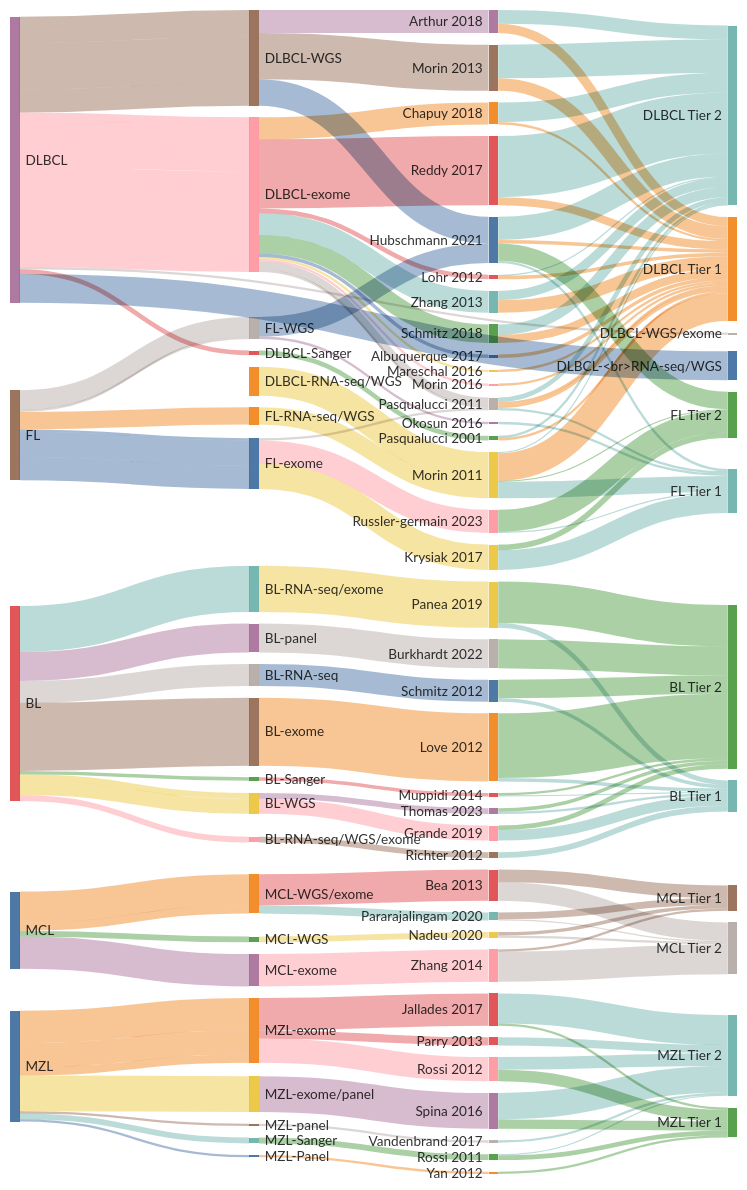
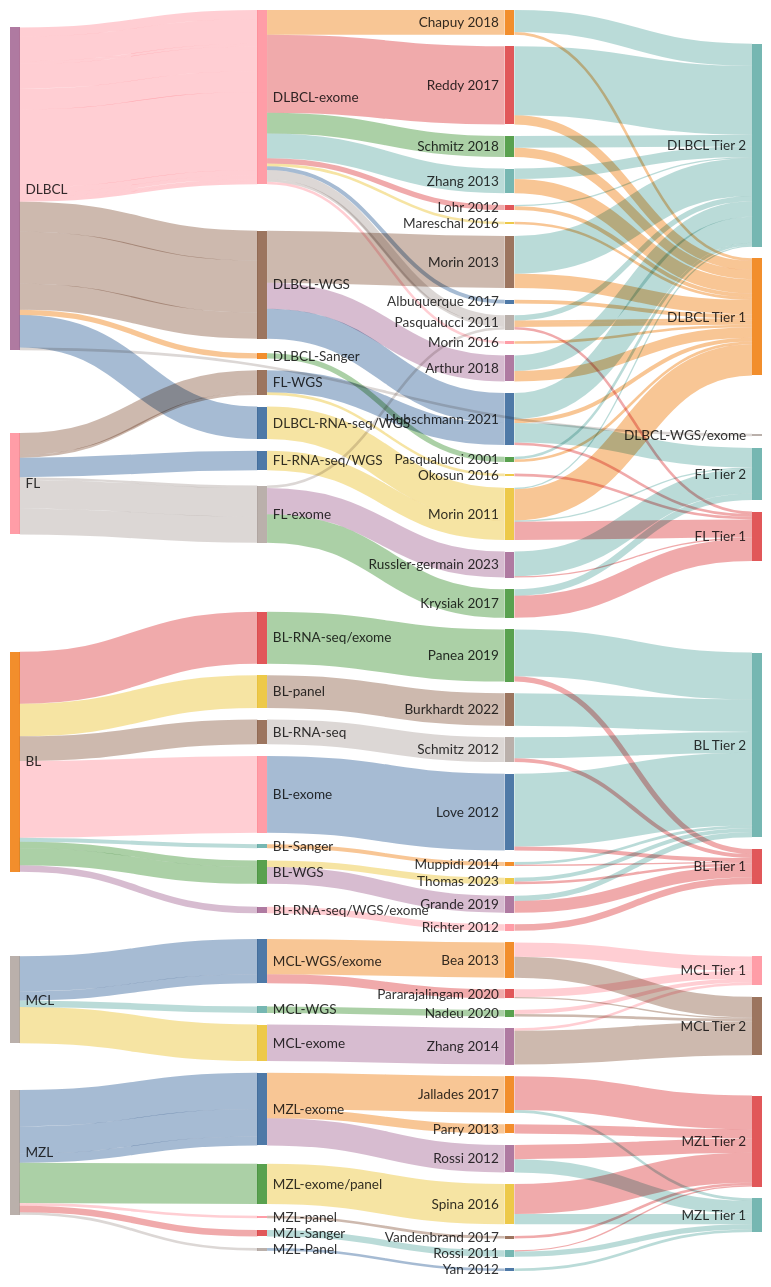
One commit to morinlab/lymphopedia changed the diagram in Home.md. Above: the diagram before and after it, drawn with Mermaid.

```diff
--- a/Home.md
+++ b/Home.md
@@ -21,8 +21,8 @@
   sankey:
     showValues: false
     linkColor: target
-    width: 750
-    height: 1200
+    width: 775
+    height: 1300
     nodeAlignment: right
 ---
 sankey-beta
@@ -61,7 +61,7 @@
 DLBCL, DLBCL-WGS/exome, 2
 DLBCL, DLBCL-exome, 2
 DLBCL-exome, Pasqualucci 2011, 2
-DLBCL, DLBCL-<br>RNA-seq/WGS, 25
+DLBCL, DLBCL-RNA-seq/WGS, 25
 DLBCL-RNA-seq/WGS, Morin 2011, 25
 DLBCL, DLBCL-exome, 19
 DLBCL-exome, Zhang 2013, 19
```
